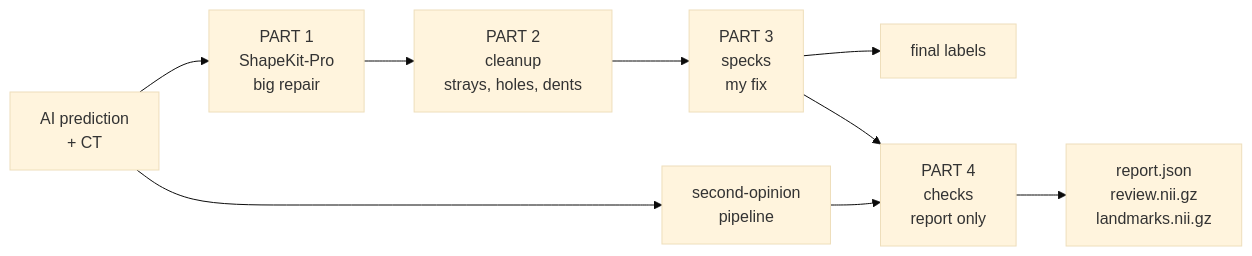
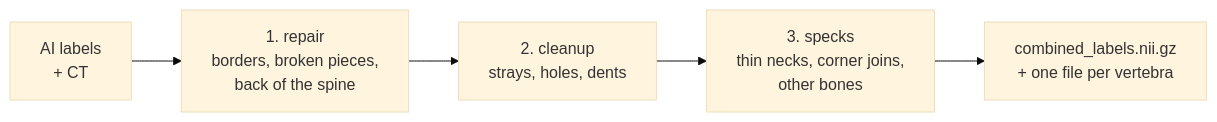
One commit to Khubaib-Ahmed7/BODYMAPS_WARMUP_KHUBAIB changed the diagram in README.md. Above: the diagram before and after it, drawn with Mermaid (base theme). The commit also changed other lines of this file, not shown here.

````diff
--- a/README.md
+++ b/README.md
@@ -120,10 +95,7 @@
 ```mermaid
 flowchart LR
-    A[AI prediction<br>+ CT] --> P1[PART 1<br>ShapeKit-Pro<br>big repair]
-    P1 --> P2[PART 2<br>cleanup<br>strays, holes, dents]
-    P2 --> P3[PART 3<br>specks<br>my fix]
-    P3 --> OUT[final labels]
-    P3 --> P4[PART 4<br>checks<br>report only]
-    A --> H[second-opinion<br>pipeline] --> P4
-    P4 --> R[report.json<br>review.nii.gz<br>landmarks.nii.gz]
+    A["AI labels<br>+ CT"] --> S1["1. repair<br>borders, broken pieces,<br>back of the spine"]
+    S1 --> S2["2. cleanup<br>strays, holes, dents"]
+    S2 --> S3["3. specks<br>thin necks, corner joins,<br>other bones"]
+    S3 --> OUT["combined_labels.nii.gz<br>+ one file per vertebra"]
 ```
````
